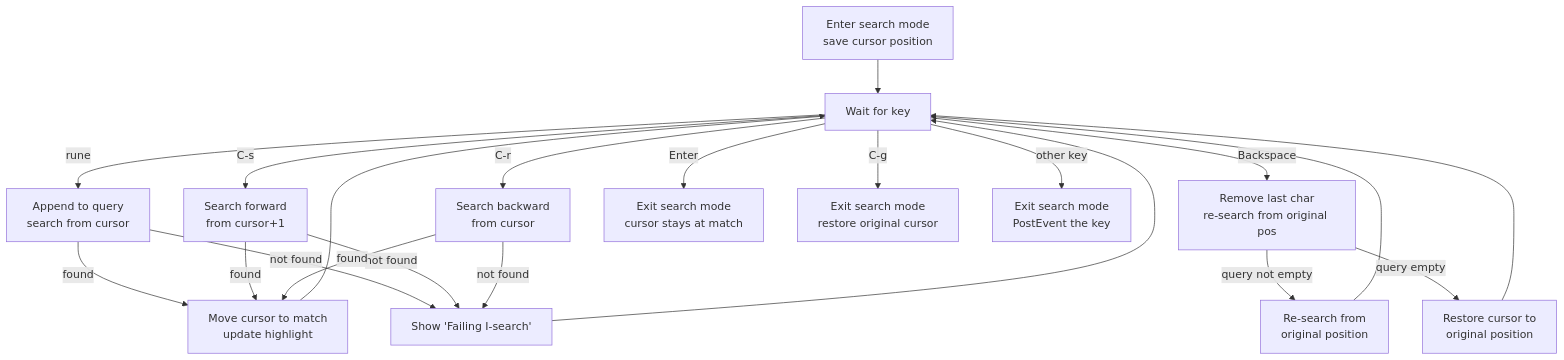
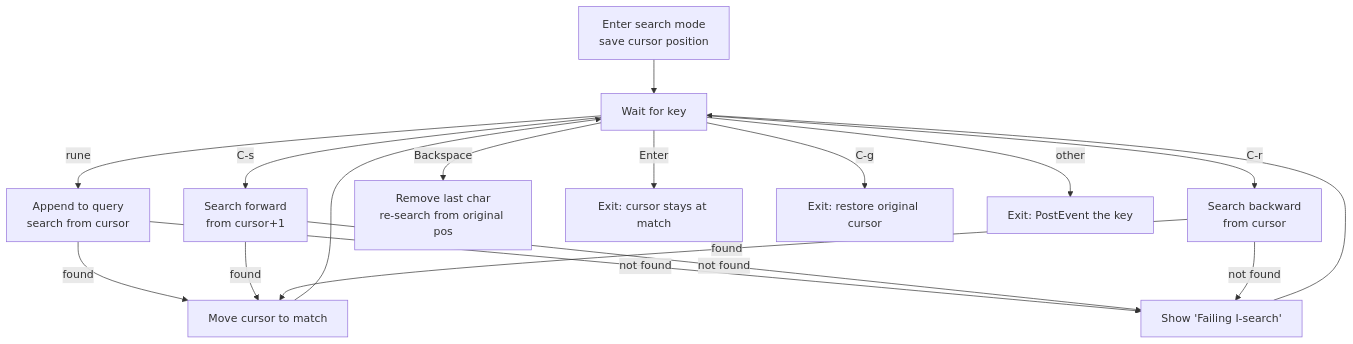
Before and after one commit to ryogrid/gomacs: the sixth of 11 diagrams in impl_docs/event-loop.md, drawn with Mermaid. The commit also changed other lines of this file and 4 other files, not shown here.

````diff
--- a/impl_docs/event-loop.md
+++ b/impl_docs/event-loop.md
@@ -74,26 +201,22 @@
 ```mermaid
 flowchart TD
     START[Enter search mode<br/>save cursor position] --> WAIT[Wait for key]
 
-    WAIT --> |rune| ADD[Append to query<br/>search from cursor]
-    WAIT --> |C-s| FWD[Search forward<br/>from cursor+1]
-    WAIT --> |C-r| BWD[Search backward<br/>from cursor]
-    WAIT --> |Backspace| DEL[Remove last char<br/>re-search from original pos]
-    WAIT --> |Enter| ACCEPT[Exit search mode<br/>cursor stays at match]
-    WAIT --> |C-g| CANCEL[Exit search mode<br/>restore original cursor]
-    WAIT --> |other key| REPOST[Exit search mode<br/>PostEvent the key]
+    WAIT -->|rune| ADD[Append to query<br/>search from cursor]
+    WAIT -->|C-s| FWD[Search forward<br/>from cursor+1]
+    WAIT -->|C-r| BWD[Search backward<br/>from cursor]
+    WAIT -->|Backspace| DEL[Remove last char<br/>re-search from original pos]
+    WAIT -->|Enter| ACCEPT[Exit: cursor stays at match]
+    WAIT -->|C-g| CANCEL[Exit: restore original cursor]
+    WAIT -->|other| REPOST[Exit: PostEvent the key]
 
-    ADD --> |found| UPDATE[Move cursor to match<br/>update highlight]
-    ADD --> |not found| FAIL["Show 'Failing I-search'"]
-    FWD --> |found| UPDATE
-    FWD --> |not found| FAIL
-    BWD --> |found| UPDATE
-    BWD --> |not found| FAIL
-    DEL --> |query not empty| RESEARCH[Re-search from<br/>original position]
-    DEL --> |query empty| RESTORE[Restore cursor to<br/>original position]
+    ADD -->|found| UPDATE[Move cursor to match]
+    ADD -->|not found| FAIL["Show 'Failing I-search'"]
+    FWD -->|found| UPDATE
+    FWD -->|not found| FAIL
+    BWD -->|found| UPDATE
+    BWD -->|not found| FAIL
 
     UPDATE --> WAIT
     FAIL --> WAIT
-    RESEARCH --> WAIT
-    RESTORE --> WAIT
 ```
````
